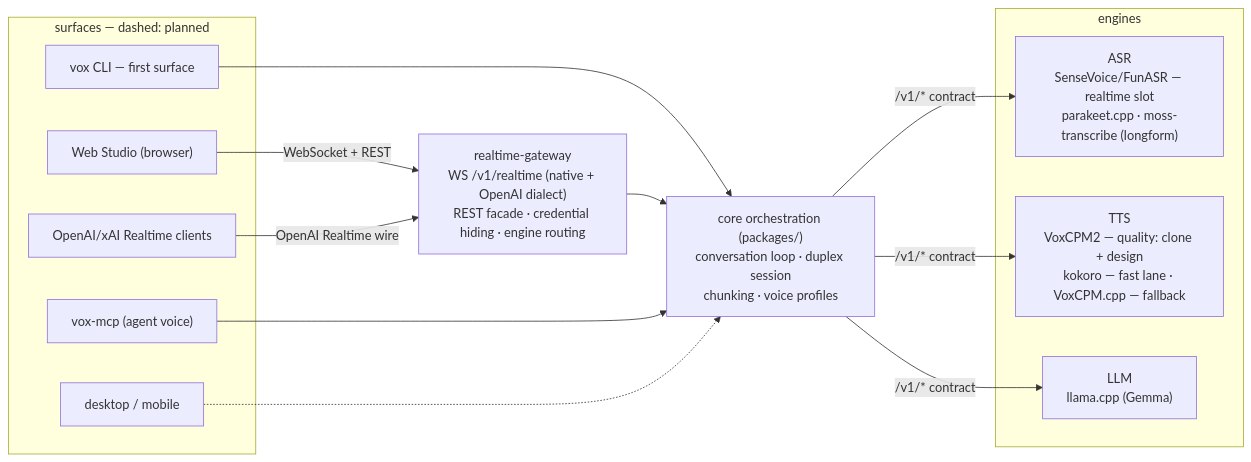
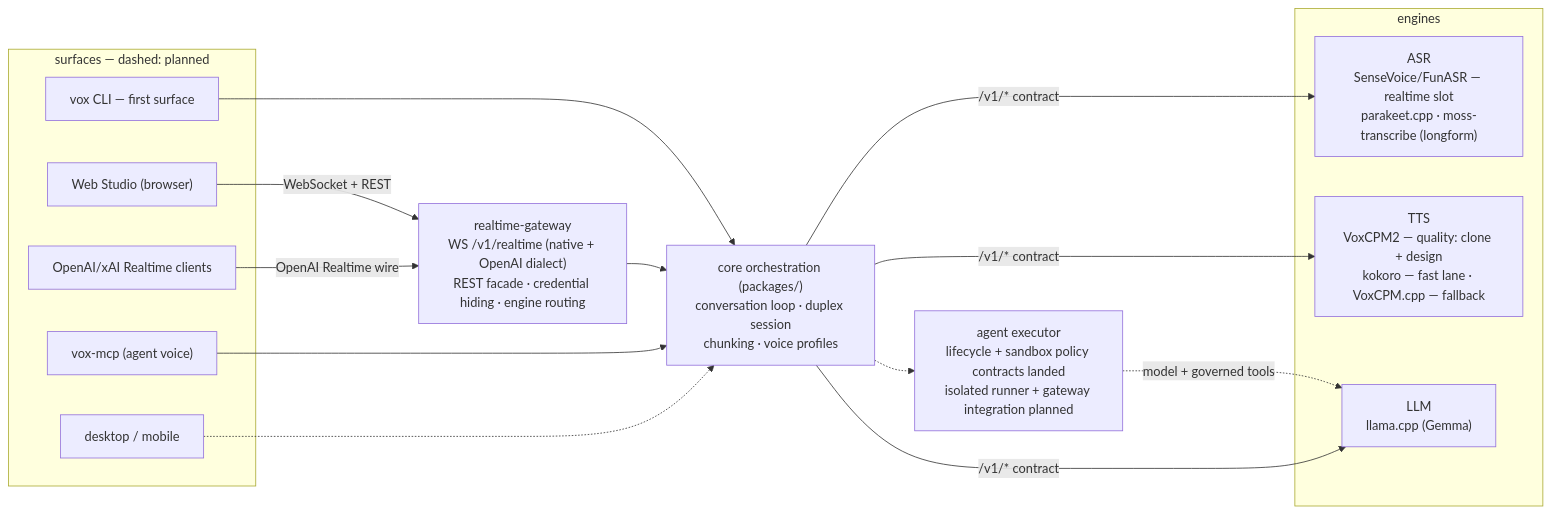
The diagram in README.md (liuzl/voxstudio), drawn with Mermaid before and after one commit. The commit also changed other lines of this file and 1 other file, not shown here.

````diff
--- a/README.md
+++ b/README.md
@@ -9,23 +9,26 @@
 ```mermaid
 flowchart LR
   subgraph surfaces["surfaces — dashed: planned"]
     CLI["vox CLI — first surface"]
     WEB["Web Studio (browser)"]
     MCP["vox-mcp (agent voice)"]
     OAI["OpenAI/xAI Realtime clients"]
     APP["desktop / mobile"]
   end
   GW["realtime-gateway<br/>WS /v1/realtime (native + OpenAI dialect)<br/>REST facade · credential hiding · engine routing"]
   CORE["core orchestration (packages/)<br/>conversation loop · duplex session<br/>chunking · voice profiles"]
+  AGENT["agent executor<br/>lifecycle + sandbox policy contracts landed<br/>isolated runner + gateway integration planned"]
   subgraph engines["engines"]
     ASR["ASR<br/>SenseVoice/FunASR — realtime slot<br/>parakeet.cpp · moss-transcribe (longform)"]
     TTS["TTS<br/>VoxCPM2 — quality: clone + design<br/>kokoro — fast lane · VoxCPM.cpp — fallback"]
     LLM["LLM<br/>llama.cpp (Gemma)"]
   end
   CLI --> CORE
   WEB -->|"WebSocket + REST"| GW --> CORE
   OAI -->|"OpenAI Realtime wire"| GW
   MCP --> CORE
   APP -.-> CORE
+  CORE -.-> AGENT
+  AGENT -.->|"model + governed tools"| LLM
   CORE -->|"/v1/* contract"| ASR & TTS & LLM
 ```
````
